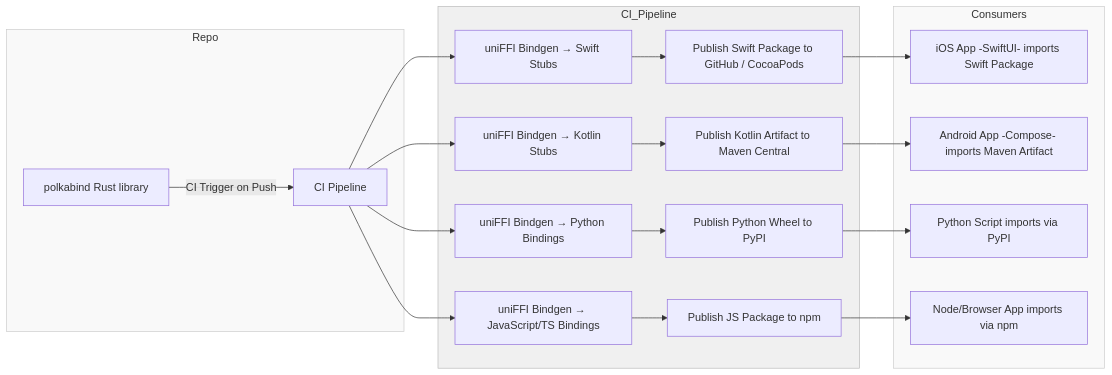
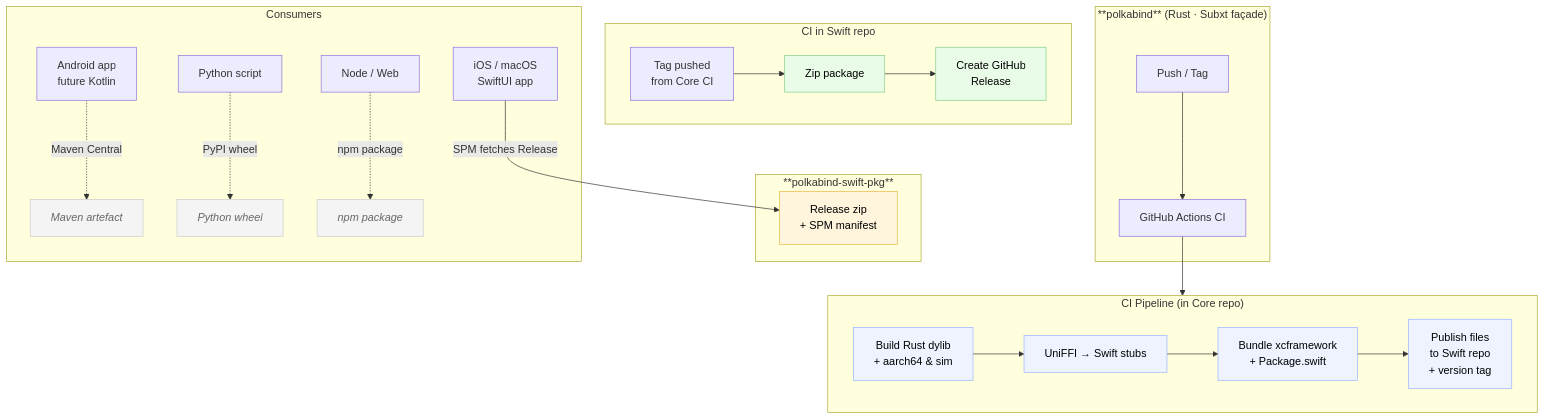
Before and after one commit to wassimans/polkabind: the diagram in README.md, drawn with Mermaid. The commit also changed other lines of this file, not shown here.

````diff
--- a/README.md
+++ b/README.md
@@ -15,29 +35,55 @@
 ```mermaid
-flowchart LR
-  subgraph Repo
-    A[polkabind Rust library] 
-    A -->|CI Trigger on Push| B[CI Pipeline]
+flowchart TD
+  %% -----------------------------------------------------------
+  %%  Repositories
+  %% -----------------------------------------------------------
+  subgraph CoreRepo["**polkabind** (Rust · Subxt façade)"]
+    A1[Push / Tag] --> CI[ GitHub Actions CI ]
   end
 
-  subgraph CI_Pipeline
-    B --> C1[uniFFI Bindgen → Swift Stubs]
-    B --> C2[uniFFI Bindgen → Kotlin Stubs]
-    B --> C3[uniFFI Bindgen → Python Bindings]
-    B --> C4[uniFFI Bindgen → JavaScript/TS Bindings]
-    C1 --> D1[Publish Swift Package to GitHub / CocoaPods]
-    C2 --> D2[Publish Kotlin Artifact to Maven Central]
-    C3 --> D3[Publish Python Wheel to PyPI]
-    C4 --> D4[Publish JS Package to npm]
+  subgraph SwiftRepo["**polkabind-swift-pkg**"]
+    P1[Release&nbsp;zip<br/>+ SPM manifest]:::asset
   end
 
-  subgraph Consumers
-    D1 --> E1[iOS App -SwiftUI- imports Swift Package]
-    D2 --> E2[Android App -Compose- imports Maven Artifact]
-    D3 --> E3[Python Script imports via PyPI]
-    D4 --> E4[Node/Browser App imports via npm]
+  classDef asset fill:#fff5dd,stroke:#e6ba42,color:#000;
+
+  %% -----------------------------------------------------------
+  %%  Core CI stages
+  %% -----------------------------------------------------------
+  subgraph CorePipeline["CI Pipeline (in Core repo)"]
+    direction LR
+    CI --> B1[Build Rust dylib<br/> + aarch64 & sim]:::ci
+    B1 --> B2[UniFFI → Swift stubs]:::ci
+    B2 --> B3[Bundle xcframework<br/>+ Package.swift]:::ci
+    B3 --> B4[Publish files<br/>to Swift repo<br/>+ version tag]:::ci
   end
 
-  style Repo fill:#f9f9f9,stroke:#ccc
-  style CI_Pipeline fill:#f0f0f0,stroke:#bbb
-  style Consumers fill:#f9f9f9,stroke:#ccc
+  classDef ci fill:#eef3ff,stroke:#97b3ff,color:#000;
+
+  %% -----------------------------------------------------------
+  %%  Swift Repo CI
+  %% -----------------------------------------------------------
+  subgraph SwiftPipeline["CI in Swift repo"]
+    direction LR
+    PR1[Tag pushed<br/>from Core CI] --> SR1[Zip package]:::ci2
+    SR1 --> SR2[Create GitHub<br/>Release]:::ci2
+  end
+
+  classDef ci2 fill:#e8fce8,stroke:#84cc84,color:#000;
+
+  %% -----------------------------------------------------------
+  %%  Consumers
+  %% -----------------------------------------------------------
+  subgraph Consumers
+    IOS[iOS / macOS<br/>SwiftUI app] -->|SPM fetches Release| P1
+    AND[Android app<br/> future Kotlin] -.->|Maven Central| D2
+    PY[Python script] -.->|PyPI wheel| D3
+    JS[Node / Web] -.->|npm package| D4
+  end
+
+  %% grey boxes for future lanes
+  D2[Maven artefact]:::future
+  D3[Python wheel]:::future
+  D4[npm package]:::future
+  classDef future fill:#f4f4f4,stroke:#ccc,color:#666,font-style:italic;
   ```
````
